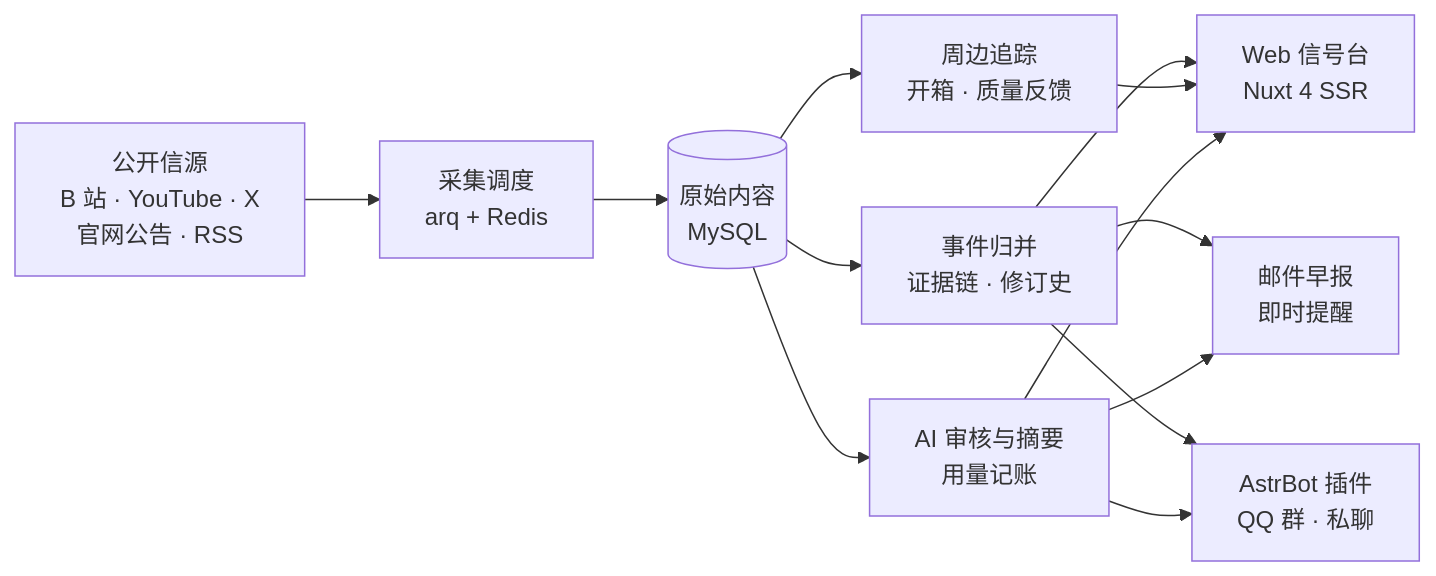
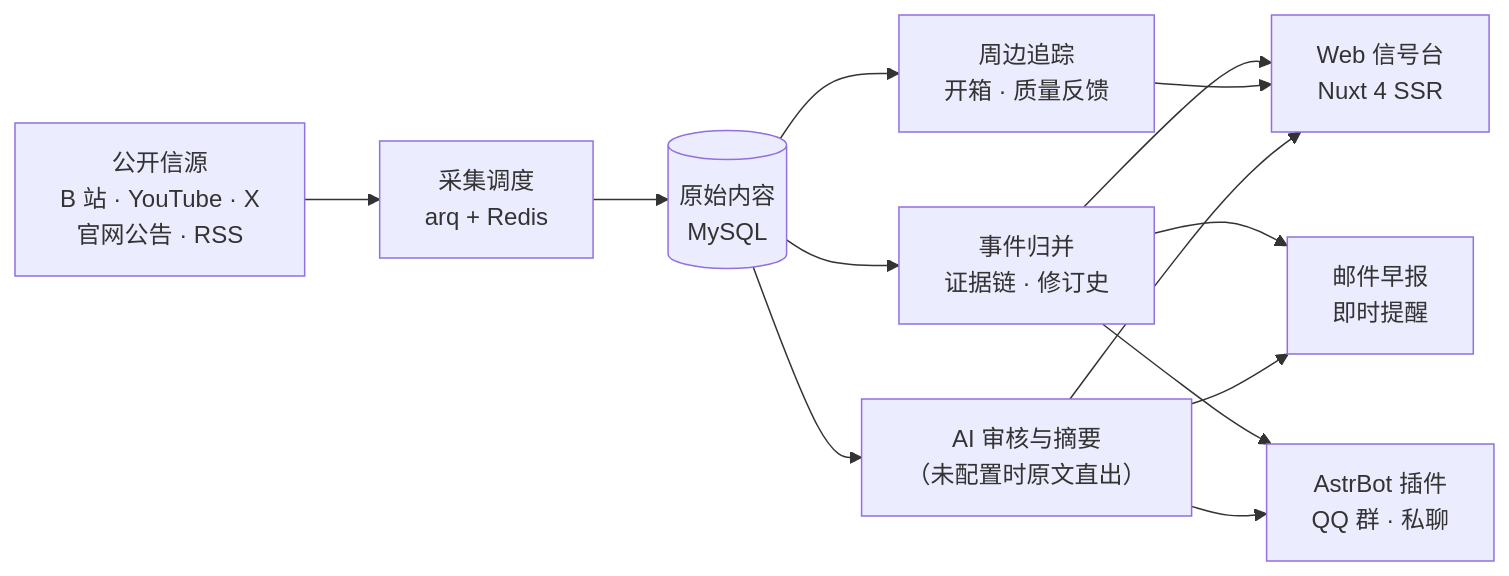
One commit to tianyin231/AniSignal changed the diagram in README.md. Above: the diagram before and after it, drawn with Mermaid. The commit also changed other lines of this file and 837 other files, not shown here.

````diff
--- a/README.md
+++ b/README.md
@@ -86,15 +87,15 @@
 ```mermaid
 flowchart LR
     S["公开信源<br/>B 站 · YouTube · X<br/>官网公告 · RSS"] --> Q["采集调度<br/>arq + Redis"]
     Q --> R[("原始内容<br/>MySQL")]
     R --> E["事件归并<br/>证据链 · 修订史"]
     R --> P["周边追踪<br/>开箱 · 质量反馈"]
-    R --> A["AI 审核与摘要<br/>用量记账"]
+    R --> A["AI 审核与摘要<br/>（未配置时原文直出）"]
     E --> W["Web 信号台<br/>Nuxt 4 SSR"]
     P --> W
     A --> W
     E --> M["邮件早报<br/>即时提醒"]
     A --> M
     E --> B["AstrBot 插件<br/>QQ 群 · 私聊"]
     A --> B
 ```
````
